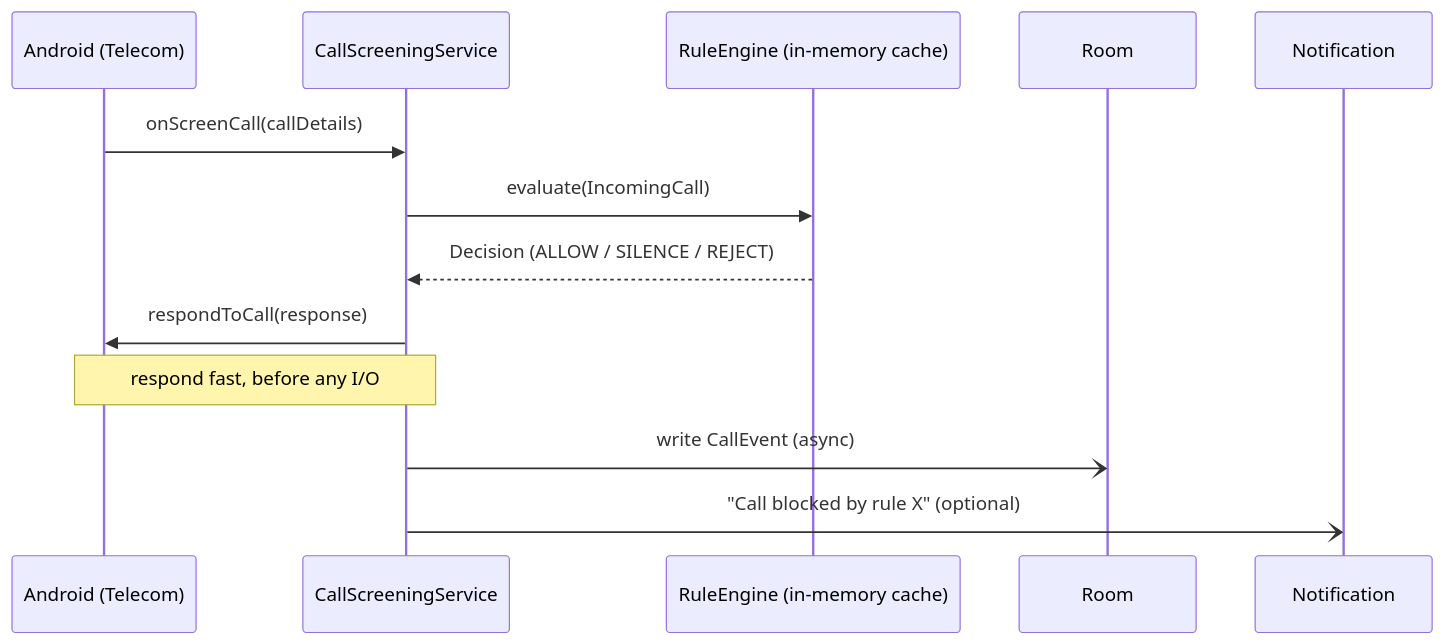
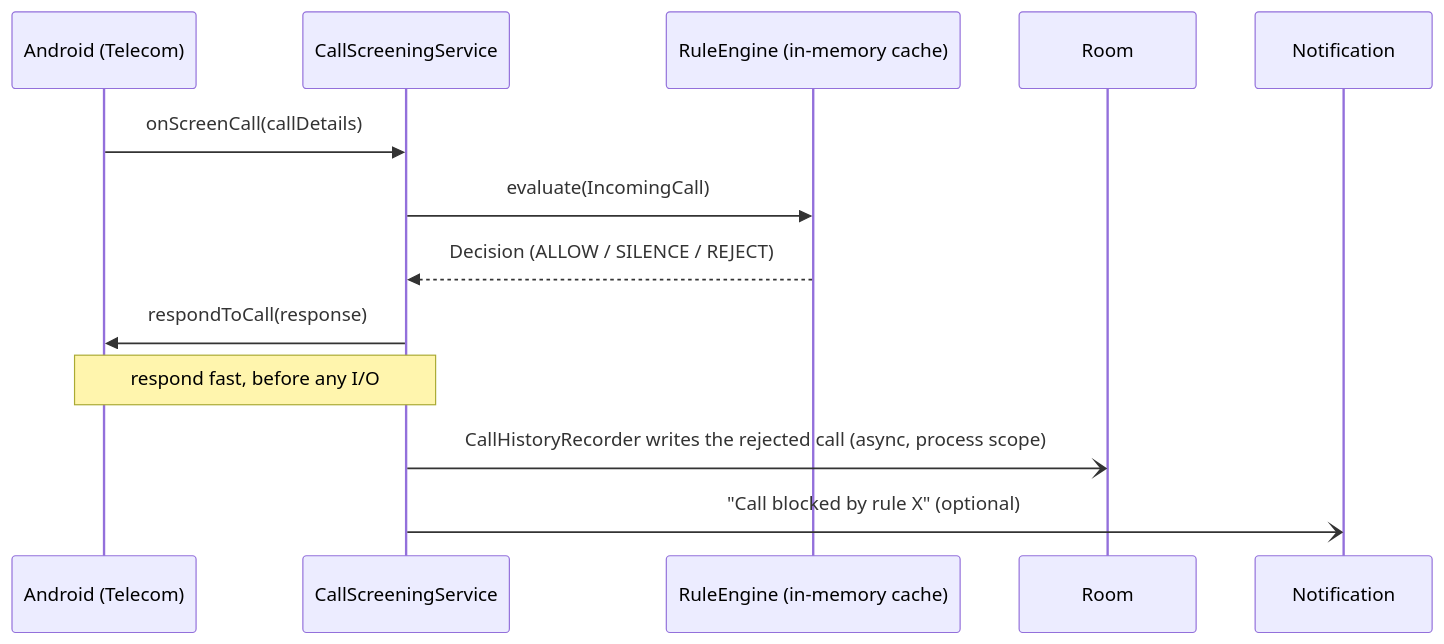
Before and after one commit to JaguarSurf/knobly: the second of 2 diagrams in docs/architecture.md, drawn with Mermaid. The commit also changed other lines of this file and 48 other files, not shown here.

First line of the commit message:
feat(history): add the History tab with rejected calls stored in Room

````diff
--- a/docs/architecture.md
+++ b/docs/architecture.md
@@ -178,16 +182,16 @@
 ```mermaid
 sequenceDiagram
     participant OS as Android (Telecom)
     participant S as CallScreeningService
     participant E as RuleEngine (in-memory cache)
     participant DB as Room
     participant N as Notification
 
     OS->>S: onScreenCall(callDetails)
     S->>E: evaluate(IncomingCall)
     E-->>S: Decision (ALLOW / SILENCE / REJECT)
     S->>OS: respondToCall(response)
     Note over S,OS: respond fast, before any I/O
-    S-)DB: write CallEvent (async)
+    S-)DB: CallHistoryRecorder writes the rejected call (async, process scope)
     S-)N: "Call blocked by rule X" (optional)
 ```
````
